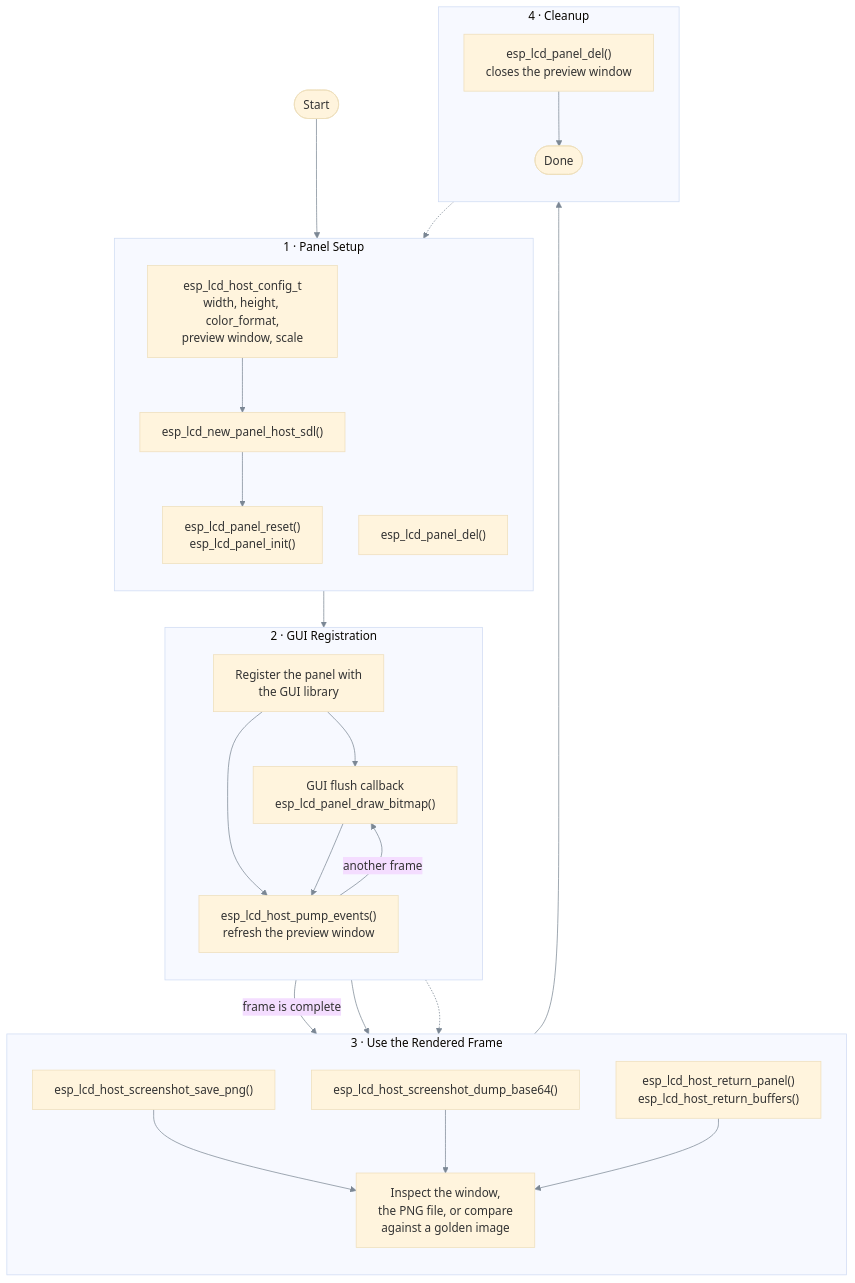
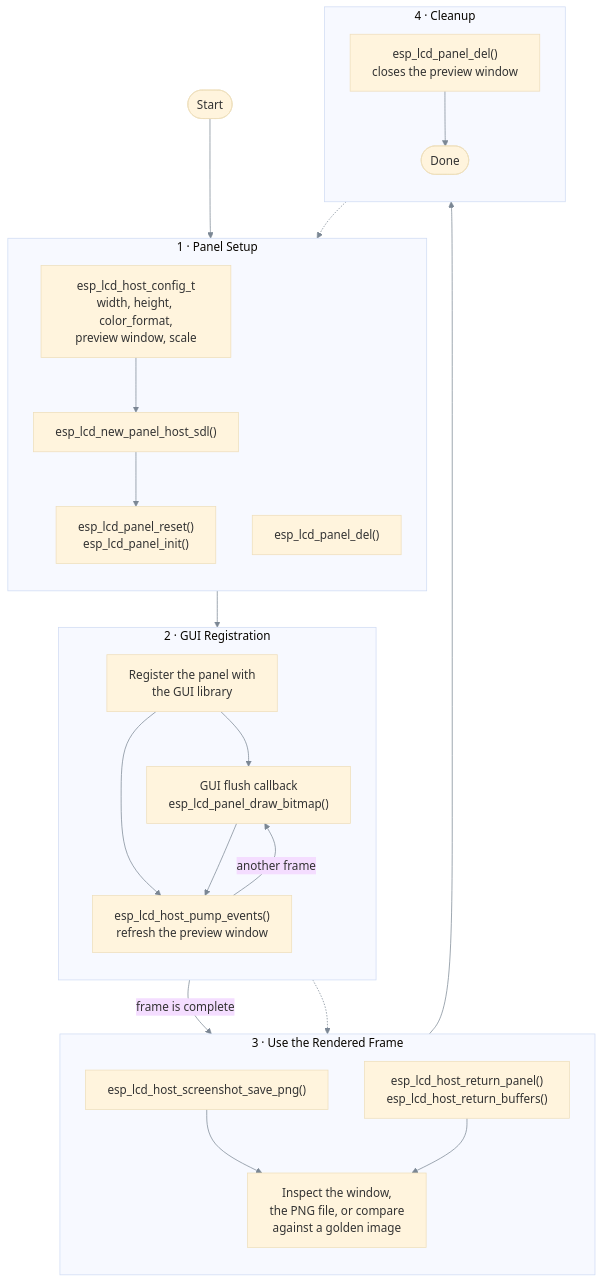
One commit to suda-morris/idf-extra-components changed the diagram in esp_lcd_host/docs/src/index.md. Above: the diagram before and after it, drawn with Mermaid. The commit also changed other lines of this file and 20 other files, not shown here.

First line of the commit message:
refactor(esp_lcd_host): drop base64 dump, keep only the example, restrict to linux target

````diff
--- a/esp_lcd_host/docs/src/index.md
+++ b/esp_lcd_host/docs/src/index.md
@@ -21,47 +21,44 @@
 ```mermaid
 %%{init: {"theme": "base", "themeVariables": {"lineColor": "#7b8794"}}}%%
 flowchart TD
     start(["Start"]):::entry
 
     subgraph SETUP["1 · Panel Setup"]
         direction TB
         cfg["esp_lcd_host_config_t<br/>width, height, color_format,<br/>preview window, scale"]:::setup
         del["esp_lcd_panel_del()"]:::cleanup
         create["esp_lcd_new_panel_host_sdl()"]:::setup
         init["esp_lcd_panel_reset()<br/>esp_lcd_panel_init()"]:::setup
     end
 
     subgraph GUI["2 · GUI Registration"]
         direction TB
         lvgl["Register the panel with<br/>the GUI library"]:::gui
         flush["GUI flush callback<br/>esp_lcd_panel_draw_bitmap()"]:::gui
         pump["esp_lcd_host_pump_events()<br/>refresh the preview window"]:::gui
     end
 
     subgraph EXPORT["3 · Use the Rendered Frame"]
         direction TB
         png["esp_lcd_host_screenshot_save_png()"]:::export
-        b64["esp_lcd_host_screenshot_dump_base64()"]:::export
         ext["esp_lcd_host_return_panel()<br/>esp_lcd_host_return_buffers()"]:::export
         inspect["Inspect the window,<br/>the PNG file, or compare<br/>against a golden image"]:::validate
     end
 
     subgraph CLEANUP["4 · Cleanup"]
         direction TB
         destroy["esp_lcd_panel_del()<br/>closes the preview window"]:::cleanup
         end_node(["Done"]):::entry
     end
 
     start --> cfg --> create --> init --> lvgl --> flush
     lvgl --> pump
     flush --> pump
     pump -- "another frame" --> flush
     pump -- "frame is complete" --> png
-    pump --> b64
     pump -.-> ext
     png --> inspect
-    b64 --> inspect
     ext --> inspect
     inspect --> destroy --> end_node
     destroy -.-> del
 ```
````
